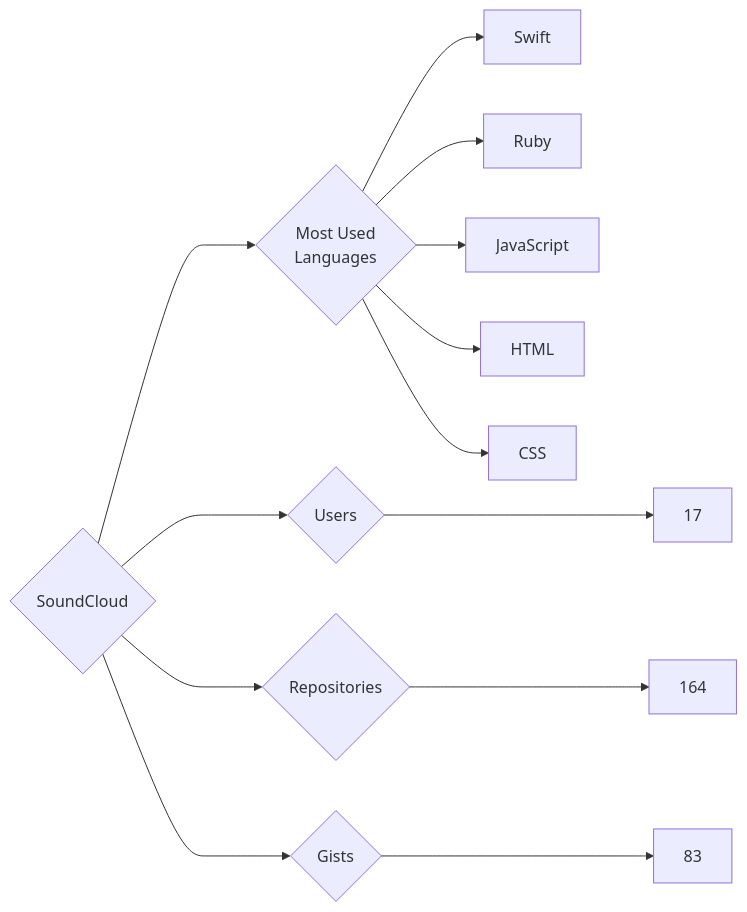
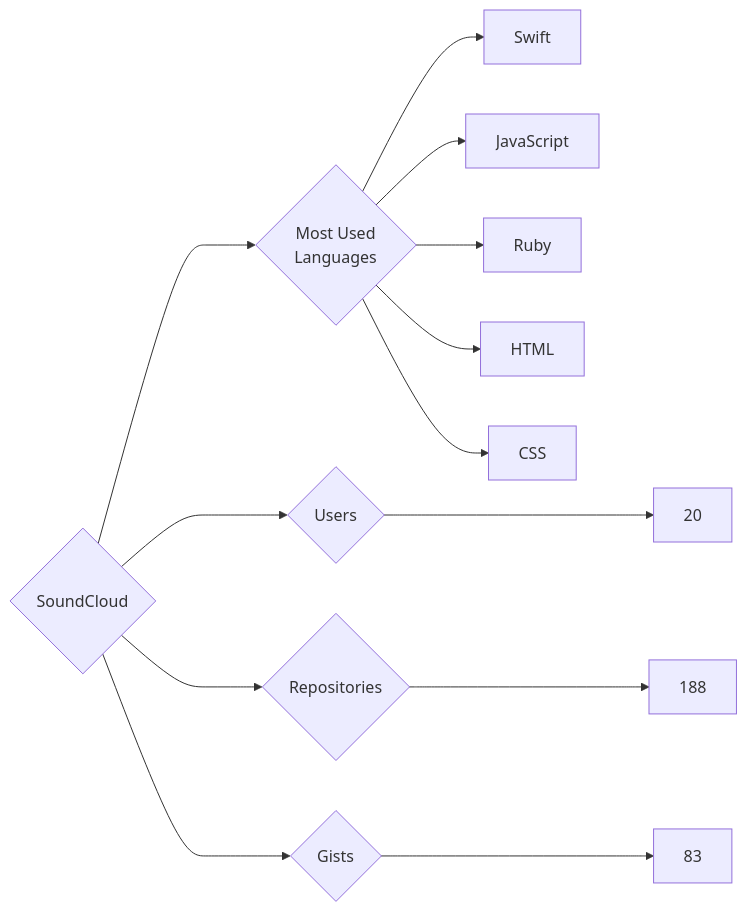
The diagram in targets/SoundCloud/README.md (trickest/insiders), drawn with Mermaid before and after one commit. The commit also changed 1389 other files, not shown here.

````diff
--- a/targets/SoundCloud/README.md
+++ b/targets/SoundCloud/README.md
@@ -3,13 +3,13 @@
 ```mermaid
 graph LR
 COMPANY_NAME{SoundCloud}
-COMPANY_NAME ---> U{Users} ---> UN[17]
-COMPANY_NAME ---> R{Repositories} ---> RN[164]
+COMPANY_NAME ---> U{Users} ---> UN[20]
+COMPANY_NAME ---> R{Repositories} ---> RN[188]
 COMPANY_NAME ---> G{Gists} ---> GN[83]
 COMPANY_NAME ---> ML{Most Used<br>Languages}
 ML --> Swift[Swift]
+ML --> JavaScript[JavaScript]
 ML --> Ruby[Ruby]
-ML --> JavaScript[JavaScript]
 ML --> HTML[HTML]
 ML --> CSS[CSS]
 ```
````
